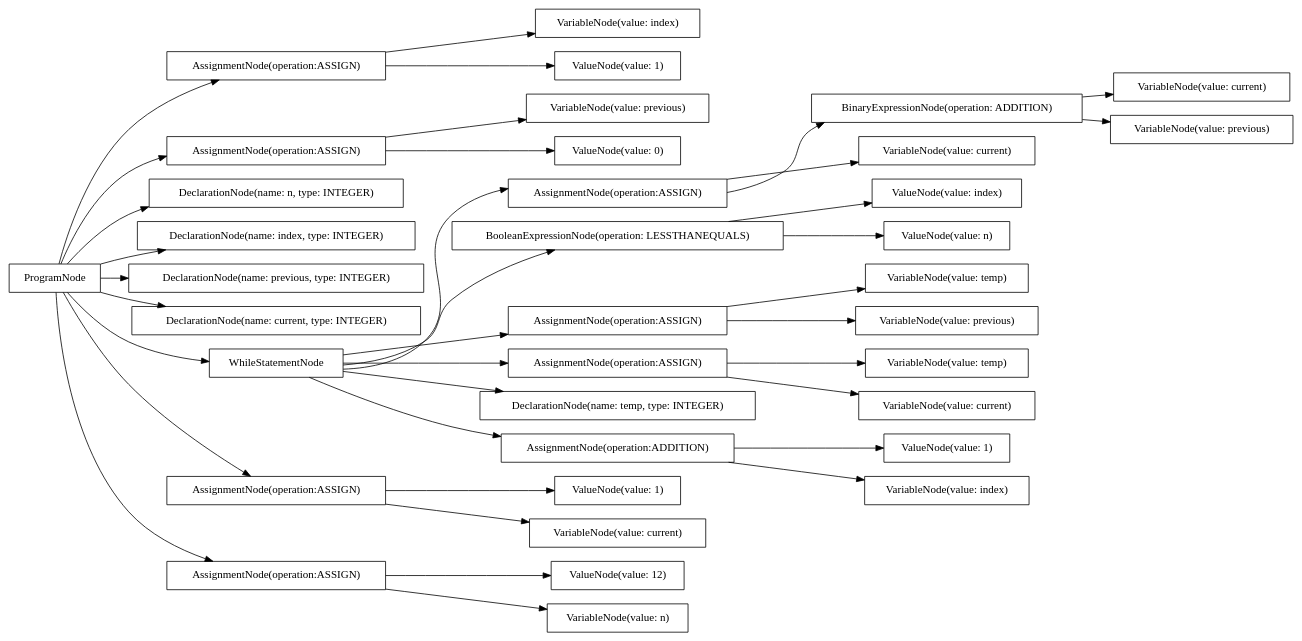
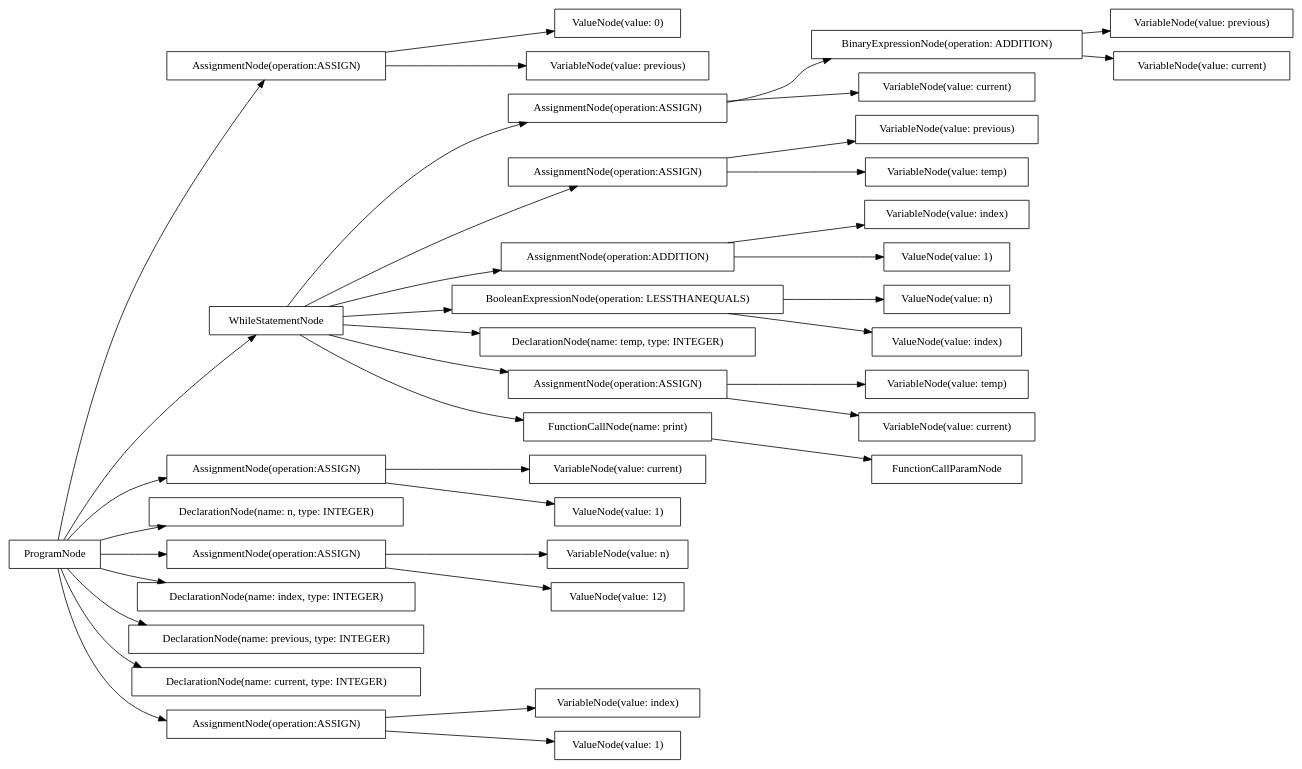
Before and after one commit to AtLeastITry/ANTLR-Python-Compiler: the diagram in src/output/dot/fibonacci.dot, drawn with Graphviz. The commit also changed 11 other files, not shown here.

```diff
--- a/src/output/dot/fibonacci.dot
+++ b/src/output/dot/fibonacci.dot
@@ -1,74 +1,78 @@
 digraph G {
 rankdir=LR
-"ed0bdabf-4a3b-40b1-9f46-9cdf4b4b71ea" [label="AssignmentNode(operation:ASSIGN)" shape="box"];
-"9a68f8ac-e03d-4023-858a-9a0608e27933" [label="AssignmentNode(operation:ASSIGN)" shape="box"];
-"eba9c87e-1795-4ef1-a3d2-5f6e4996bc90" [label="ValueNode(value: 12)" shape="box"];
-"b18f68dd-15c7-4686-9b27-762e67d3f0c4" [label="AssignmentNode(operation:ASSIGN)" shape="box"];
-"4fd3a96b-9a9a-43fc-afd0-6d6b898d4ca5" [label="BinaryExpressionNode(operation: ADDITION)" shape="box"];
-"2489ea5e-d49f-4e9a-885e-cbebd649ee23" [label="VariableNode(value: temp)" shape="box"];
-"5fa3d0e2-6030-4573-9255-f22fba417f36" [label="VariableNode(value: n)" shape="box"];
-"b358237d-c3a6-4688-81a8-626b86ef54f6" [label="DeclarationNode(name: n, type: INTEGER)" shape="box"];
-"a1b0c1db-4e80-4afc-a9cb-6155258b6593" [label="VariableNode(value: current)" shape="box"];
-"cd1db488-d8ed-47ff-aed8-3db11c5b2926" [label="DeclarationNode(name: index, type: INTEGER)" shape="box"];
-"9465580c-4cf6-4d3f-880d-14ec63ab0a7f" [label="BooleanExpressionNode(operation: LESSTHANEQUALS)" shape="box"];
-"e0597e5c-1879-4d3a-ac5a-04736df1a24b" [label="ValueNode(value: 1)" shape="box"];
-"e72258a1-2b71-4f8f-b511-b2bcf605f682" [label="AssignmentNode(operation:ASSIGN)" shape="box"];
-"b4026ae5-aa3a-46fe-9616-b5ff51002917" [label="DeclarationNode(name: previous, type: INTEGER)" shape="box"];
-"3f95283b-fc9d-42c3-9a5a-3dddc47f2f95" [label="AssignmentNode(operation:ASSIGN)" shape="box"];
-"6c5ab97f-df6c-41ad-b6b9-dff59c9002e7" [label="VariableNode(value: temp)" shape="box"];
-"5025729e-2ea3-4cb2-8a60-2dfb41d804c9" [label="DeclarationNode(name: current, type: INTEGER)" shape="box"];
-"28a4cae4-7cd4-4b31-828e-4d6b26b5f415" [label="ValueNode(value: 1)" shape="box"];
-"b88d76c0-ee75-49c6-a161-18e3f23f3a61" [label="VariableNode(value: previous)" shape="box"];
-"8c5c30c4-4076-4289-a5f3-b32f5278bd20" [label="ProgramNode" shape="box"];
-"89e0d1a2-8975-413e-a38b-721eeb7dce07" [label="VariableNode(value: index)" shape="box"];
-"3b866185-36f2-4b19-a684-188fdd760173" [label="ValueNode(value: index)" shape="box"];
-"ed5551bb-e0d2-4228-8a20-df4bf61a560d" [label="WhileStatementNode" shape="box"];
-"0b3ebfcb-d4d4-4b56-bb3a-87a018c4f083" [label="VariableNode(value: previous)" shape="box"];
-"854ffa00-ed86-4d34-b6ba-e6bd2a8d159d" [label="ValueNode(value: n)" shape="box"];
-"016b694e-098a-4497-a181-a8a887be4843" [label="VariableNode(value: previous)" shape="box"];
-"8831fcab-7e59-4f2f-bd93-59850bb31324" [label="ValueNode(value: 0)" shape="box"];
-"4db3532d-1d75-4b06-af4b-afd36acd2cd6" [label="DeclarationNode(name: temp, type: INTEGER)" shape="box"];
-"c416c50a-b6af-4cd8-85eb-1825d53286e5" [label="ValueNode(value: 1)" shape="box"];
-"49c86fc1-243b-46ee-ac61-aa99fd5cc54b" [label="VariableNode(value: current)" shape="box"];
-"c457b9d8-e1d2-4ba8-8468-ea7c5fc7b0d3" [label="AssignmentNode(operation:ASSIGN)" shape="box"];
-"4177b497-d2ae-4280-9c33-5daf204b8f2f" [label="AssignmentNode(operation:ASSIGN)" shape="box"];
-"907cab94-48a4-452a-9d57-663899d46465" [label="VariableNode(value: current)" shape="box"];
-"81c052b6-d936-4cd0-93b1-bd1439b3e13f" [label="VariableNode(value: index)" shape="box"];
-"1121e428-96d1-4da6-a18d-05161346b3d9" [label="AssignmentNode(operation:ADDITION)" shape="box"];
-"b6729a29-e2bd-46bd-953b-7b149fc313ca" [label="VariableNode(value: current)" shape="box"];
-"8c5c30c4-4076-4289-a5f3-b32f5278bd20" -> "b358237d-c3a6-4688-81a8-626b86ef54f6";
-"8c5c30c4-4076-4289-a5f3-b32f5278bd20" -> "b4026ae5-aa3a-46fe-9616-b5ff51002917";
-"8c5c30c4-4076-4289-a5f3-b32f5278bd20" -> "5025729e-2ea3-4cb2-8a60-2dfb41d804c9";
-"8c5c30c4-4076-4289-a5f3-b32f5278bd20" -> "cd1db488-d8ed-47ff-aed8-3db11c5b2926";
-"8c5c30c4-4076-4289-a5f3-b32f5278bd20" -> "4177b497-d2ae-4280-9c33-5daf204b8f2f";
-"4177b497-d2ae-4280-9c33-5daf204b8f2f" -> "5fa3d0e2-6030-4573-9255-f22fba417f36";
-"4177b497-d2ae-4280-9c33-5daf204b8f2f" -> "eba9c87e-1795-4ef1-a3d2-5f6e4996bc90";
-"8c5c30c4-4076-4289-a5f3-b32f5278bd20" -> "b18f68dd-15c7-4686-9b27-762e67d3f0c4";
-"b18f68dd-15c7-4686-9b27-762e67d3f0c4" -> "0b3ebfcb-d4d4-4b56-bb3a-87a018c4f083";
-"b18f68dd-15c7-4686-9b27-762e67d3f0c4" -> "8831fcab-7e59-4f2f-bd93-59850bb31324";
-"8c5c30c4-4076-4289-a5f3-b32f5278bd20" -> "c457b9d8-e1d2-4ba8-8468-ea7c5fc7b0d3";
-"c457b9d8-e1d2-4ba8-8468-ea7c5fc7b0d3" -> "b6729a29-e2bd-46bd-953b-7b149fc313ca";
-"c457b9d8-e1d2-4ba8-8468-ea7c5fc7b0d3" -> "28a4cae4-7cd4-4b31-828e-4d6b26b5f415";
-"8c5c30c4-4076-4289-a5f3-b32f5278bd20" -> "9a68f8ac-e03d-4023-858a-9a0608e27933";
-"9a68f8ac-e03d-4023-858a-9a0608e27933" -> "89e0d1a2-8975-413e-a38b-721eeb7dce07";
-"9a68f8ac-e03d-4023-858a-9a0608e27933" -> "c416c50a-b6af-4cd8-85eb-1825d53286e5";
-"8c5c30c4-4076-4289-a5f3-b32f5278bd20" -> "ed5551bb-e0d2-4228-8a20-df4bf61a560d";
-"ed5551bb-e0d2-4228-8a20-df4bf61a560d" -> "9465580c-4cf6-4d3f-880d-14ec63ab0a7f";
-"9465580c-4cf6-4d3f-880d-14ec63ab0a7f" -> "3b866185-36f2-4b19-a684-188fdd760173";
-"9465580c-4cf6-4d3f-880d-14ec63ab0a7f" -> "854ffa00-ed86-4d34-b6ba-e6bd2a8d159d";
-"ed5551bb-e0d2-4228-8a20-df4bf61a560d" -> "4db3532d-1d75-4b06-af4b-afd36acd2cd6";
-"ed5551bb-e0d2-4228-8a20-df4bf61a560d" -> "3f95283b-fc9d-42c3-9a5a-3dddc47f2f95";
-"3f95283b-fc9d-42c3-9a5a-3dddc47f2f95" -> "6c5ab97f-df6c-41ad-b6b9-dff59c9002e7";
-"3f95283b-fc9d-42c3-9a5a-3dddc47f2f95" -> "49c86fc1-243b-46ee-ac61-aa99fd5cc54b";
-"ed5551bb-e0d2-4228-8a20-df4bf61a560d" -> "ed0bdabf-4a3b-40b1-9f46-9cdf4b4b71ea";
-"ed0bdabf-4a3b-40b1-9f46-9cdf4b4b71ea" -> "907cab94-48a4-452a-9d57-663899d46465";
-"ed0bdabf-4a3b-40b1-9f46-9cdf4b4b71ea" -> "4fd3a96b-9a9a-43fc-afd0-6d6b898d4ca5";
-"4fd3a96b-9a9a-43fc-afd0-6d6b898d4ca5" -> "a1b0c1db-4e80-4afc-a9cb-6155258b6593";
-"4fd3a96b-9a9a-43fc-afd0-6d6b898d4ca5" -> "b88d76c0-ee75-49c6-a161-18e3f23f3a61";
-"ed5551bb-e0d2-4228-8a20-df4bf61a560d" -> "e72258a1-2b71-4f8f-b511-b2bcf605f682";
-"e72258a1-2b71-4f8f-b511-b2bcf605f682" -> "016b694e-098a-4497-a181-a8a887be4843";
-"e72258a1-2b71-4f8f-b511-b2bcf605f682" -> "2489ea5e-d49f-4e9a-885e-cbebd649ee23";
-"ed5551bb-e0d2-4228-8a20-df4bf61a560d" -> "1121e428-96d1-4da6-a18d-05161346b3d9";
-"1121e428-96d1-4da6-a18d-05161346b3d9" -> "81c052b6-d936-4cd0-93b1-bd1439b3e13f";
-"1121e428-96d1-4da6-a18d-05161346b3d9" -> "e0597e5c-1879-4d3a-ac5a-04736df1a24b";
+"b0c66be6-c435-42f8-b9c4-5b87a8889522" [label="AssignmentNode(operation:ASSIGN)" shape="box"];
+"4508078e-98c4-4dc6-bfbf-d62e7d693039" [label="AssignmentNode(operation:ASSIGN)" shape="box"];
+"9c8c1a2a-8055-4861-9b25-86a0e66dec3f" [label="VariableNode(value: previous)" shape="box"];
+"89d061ce-67e5-4ccf-b91f-fec789d29477" [label="WhileStatementNode" shape="box"];
+"3ddbcfff-4793-4146-999d-27fbb1797827" [label="AssignmentNode(operation:ASSIGN)" shape="box"];
+"24cb0d56-71f3-4b8c-a74c-7d200e15aed1" [label="ValueNode(value: n)" shape="box"];
+"84183c43-4494-4628-9280-9bd5df7d5002" [label="ValueNode(value: index)" shape="box"];
+"d561f077-1618-4035-905e-caf242ed23e8" [label="AssignmentNode(operation:ASSIGN)" shape="box"];
+"8183bbab-cc28-453d-a4ac-7b5ef3fac826" [label="VariableNode(value: current)" shape="box"];
+"75e0fb63-c8b6-4145-804d-f5529c7c0947" [label="VariableNode(value: index)" shape="box"];
+"8121634d-f8d4-4107-98a0-529037fde227" [label="ValueNode(value: 0)" shape="box"];
+"45a5509c-8b2d-49ef-8cee-01d9e71c2f45" [label="AssignmentNode(operation:ADDITION)" shape="box"];
+"bb369d3d-1ef8-4af5-aa25-63e42c7415ab" [label="DeclarationNode(name: n, type: INTEGER)" shape="box"];
+"376ebd99-10e1-4fdb-a68a-70c61516d6ce" [label="AssignmentNode(operation:ASSIGN)" shape="box"];
+"300c6391-c93f-4f5f-904e-a9f5847fa6a5" [label="VariableNode(value: previous)" shape="box"];
+"f87b461a-4a6e-4dd9-b819-648040daa749" [label="VariableNode(value: index)" shape="box"];
+"c859f369-e419-4e6c-86de-d1e01842b864" [label="ProgramNode" shape="box"];
+"ceb2b74d-df64-4dbe-883e-2a10c426ecf0" [label="DeclarationNode(name: index, type: INTEGER)" shape="box"];
+"cc3a47d9-17ee-4238-bd95-d192d7de4433" [label="ValueNode(value: 1)" shape="box"];
+"be5fbffb-e8b3-4625-a8ac-e410c262ce4e" [label="BinaryExpressionNode(operation: ADDITION)" shape="box"];
+"08a4c259-55e5-4cbb-8712-f9cff6d6190e" [label="VariableNode(value: n)" shape="box"];
+"6c3b3ea8-f54f-4edf-a480-47498b12187e" [label="ValueNode(value: 1)" shape="box"];
+"71a079f1-23e8-41a7-8b37-fe8ef3cef640" [label="VariableNode(value: previous)" shape="box"];
+"1cb3f4c5-54df-4938-a3e2-d8e759a2639c" [label="ValueNode(value: 1)" shape="box"];
+"1ae4a13d-c6ed-4f9b-883d-1f159eda8e37" [label="BooleanExpressionNode(operation: LESSTHANEQUALS)" shape="box"];
+"38f9af25-610c-4a90-84e8-bf6ea6431e28" [label="VariableNode(value: current)" shape="box"];
+"f429e8b3-8d45-4d4b-8301-6b7139a9e7e3" [label="ValueNode(value: 12)" shape="box"];
+"954934ff-c74c-40f5-8d32-17bfacbf4852" [label="DeclarationNode(name: previous, type: INTEGER)" shape="box"];
+"98234d99-7649-41d4-9977-b0cc38842f2a" [label="DeclarationNode(name: temp, type: INTEGER)" shape="box"];
+"3b9245d9-f04f-4fc9-b442-658962e230d0" [label="AssignmentNode(operation:ASSIGN)" shape="box"];
+"c99b604e-12a4-4813-b7cc-4496132cf7a2" [label="DeclarationNode(name: current, type: INTEGER)" shape="box"];
+"b8ce7241-afab-4594-bd6a-128485bc7914" [label="FunctionCallNode(name: print)" shape="box"];
+"c6987693-bd80-4e94-a2a0-e8906071ce66" [label="VariableNode(value: temp)" shape="box"];
+"8a599667-1ff3-43ed-b33e-4a25454acdc8" [label="AssignmentNode(operation:ASSIGN)" shape="box"];
+"50731598-2660-4e5e-987d-bf96a129ecac" [label="FunctionCallParamNode" shape="box"];
+"17ab99ba-d24a-406b-85c8-3d33581c5deb" [label="VariableNode(value: current)" shape="box"];
+"b76c2617-fb6e-466e-b7e7-6fd3be3a5c48" [label="VariableNode(value: temp)" shape="box"];
+"ecd4f5ea-1c0b-4c5a-816c-70d364c763e8" [label="VariableNode(value: current)" shape="box"];
+"c859f369-e419-4e6c-86de-d1e01842b864" -> "bb369d3d-1ef8-4af5-aa25-63e42c7415ab";
+"c859f369-e419-4e6c-86de-d1e01842b864" -> "954934ff-c74c-40f5-8d32-17bfacbf4852";
+"c859f369-e419-4e6c-86de-d1e01842b864" -> "c99b604e-12a4-4813-b7cc-4496132cf7a2";
+"c859f369-e419-4e6c-86de-d1e01842b864" -> "ceb2b74d-df64-4dbe-883e-2a10c426ecf0";
+"c859f369-e419-4e6c-86de-d1e01842b864" -> "376ebd99-10e1-4fdb-a68a-70c61516d6ce";
+"376ebd99-10e1-4fdb-a68a-70c61516d6ce" -> "08a4c259-55e5-4cbb-8712-f9cff6d6190e";
+"376ebd99-10e1-4fdb-a68a-70c61516d6ce" -> "f429e8b3-8d45-4d4b-8301-6b7139a9e7e3";
+"c859f369-e419-4e6c-86de-d1e01842b864" -> "b0c66be6-c435-42f8-b9c4-5b87a8889522";
+"b0c66be6-c435-42f8-b9c4-5b87a8889522" -> "71a079f1-23e8-41a7-8b37-fe8ef3cef640";
+"b0c66be6-c435-42f8-b9c4-5b87a8889522" -> "8121634d-f8d4-4107-98a0-529037fde227";
+"c859f369-e419-4e6c-86de-d1e01842b864" -> "d561f077-1618-4035-905e-caf242ed23e8";
+"d561f077-1618-4035-905e-caf242ed23e8" -> "8183bbab-cc28-453d-a4ac-7b5ef3fac826";
+"d561f077-1618-4035-905e-caf242ed23e8" -> "1cb3f4c5-54df-4938-a3e2-d8e759a2639c";
+"c859f369-e419-4e6c-86de-d1e01842b864" -> "8a599667-1ff3-43ed-b33e-4a25454acdc8";
+"8a599667-1ff3-43ed-b33e-4a25454acdc8" -> "75e0fb63-c8b6-4145-804d-f5529c7c0947";
+"8a599667-1ff3-43ed-b33e-4a25454acdc8" -> "cc3a47d9-17ee-4238-bd95-d192d7de4433";
+"c859f369-e419-4e6c-86de-d1e01842b864" -> "89d061ce-67e5-4ccf-b91f-fec789d29477";
+"89d061ce-67e5-4ccf-b91f-fec789d29477" -> "1ae4a13d-c6ed-4f9b-883d-1f159eda8e37";
+"1ae4a13d-c6ed-4f9b-883d-1f159eda8e37" -> "84183c43-4494-4628-9280-9bd5df7d5002";
+"1ae4a13d-c6ed-4f9b-883d-1f159eda8e37" -> "24cb0d56-71f3-4b8c-a74c-7d200e15aed1";
+"89d061ce-67e5-4ccf-b91f-fec789d29477" -> "b8ce7241-afab-4594-bd6a-128485bc7914";
+"b8ce7241-afab-4594-bd6a-128485bc7914" -> "50731598-2660-4e5e-987d-bf96a129ecac";
+"89d061ce-67e5-4ccf-b91f-fec789d29477" -> "98234d99-7649-41d4-9977-b0cc38842f2a";
+"89d061ce-67e5-4ccf-b91f-fec789d29477" -> "3b9245d9-f04f-4fc9-b442-658962e230d0";
+"3b9245d9-f04f-4fc9-b442-658962e230d0" -> "c6987693-bd80-4e94-a2a0-e8906071ce66";
+"3b9245d9-f04f-4fc9-b442-658962e230d0" -> "17ab99ba-d24a-406b-85c8-3d33581c5deb";
+"89d061ce-67e5-4ccf-b91f-fec789d29477" -> "4508078e-98c4-4dc6-bfbf-d62e7d693039";
+"4508078e-98c4-4dc6-bfbf-d62e7d693039" -> "ecd4f5ea-1c0b-4c5a-816c-70d364c763e8";
+"4508078e-98c4-4dc6-bfbf-d62e7d693039" -> "be5fbffb-e8b3-4625-a8ac-e410c262ce4e";
+"be5fbffb-e8b3-4625-a8ac-e410c262ce4e" -> "38f9af25-610c-4a90-84e8-bf6ea6431e28";
+"be5fbffb-e8b3-4625-a8ac-e410c262ce4e" -> "9c8c1a2a-8055-4861-9b25-86a0e66dec3f";
+"89d061ce-67e5-4ccf-b91f-fec789d29477" -> "3ddbcfff-4793-4146-999d-27fbb1797827";
+"3ddbcfff-4793-4146-999d-27fbb1797827" -> "300c6391-c93f-4f5f-904e-a9f5847fa6a5";
+"3ddbcfff-4793-4146-999d-27fbb1797827" -> "b76c2617-fb6e-466e-b7e7-6fd3be3a5c48";
+"89d061ce-67e5-4ccf-b91f-fec789d29477" -> "45a5509c-8b2d-49ef-8cee-01d9e71c2f45";
+"45a5509c-8b2d-49ef-8cee-01d9e71c2f45" -> "f87b461a-4a6e-4dd9-b819-648040daa749";
+"45a5509c-8b2d-49ef-8cee-01d9e71c2f45" -> "6c3b3ea8-f54f-4edf-a480-47498b12187e";
 }
```
